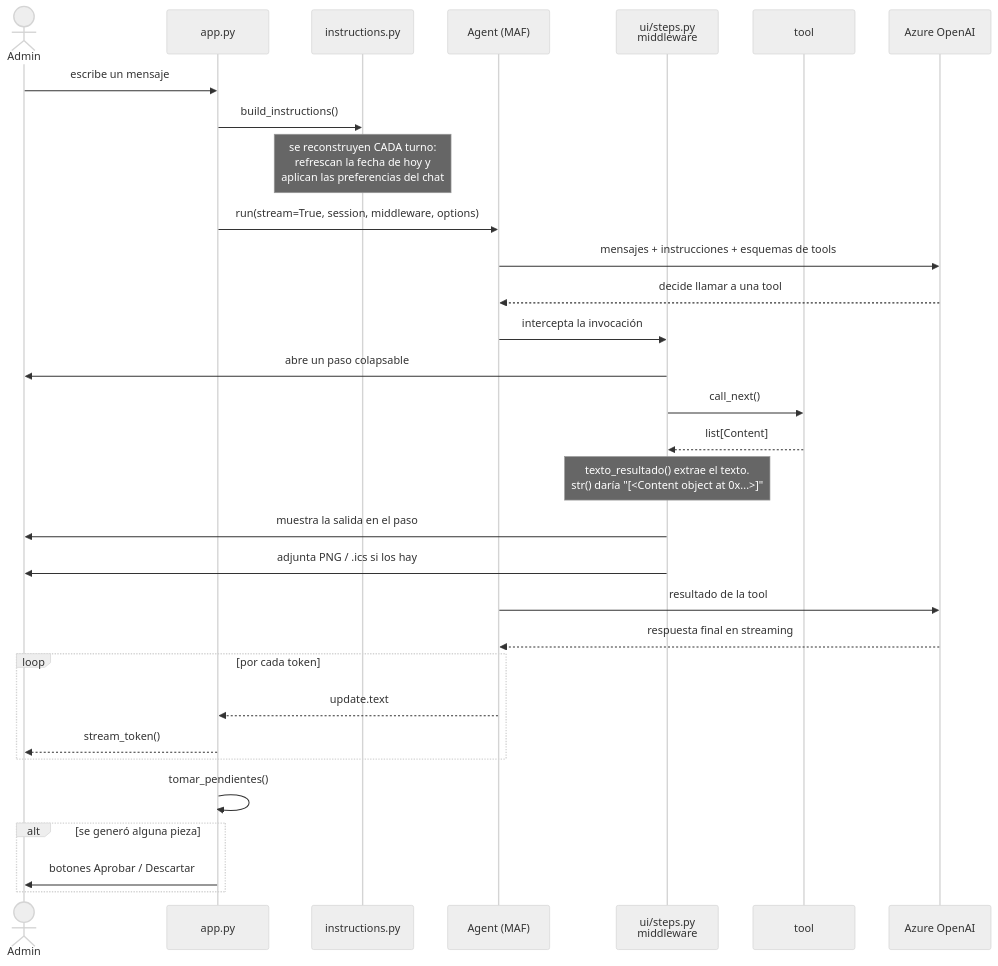
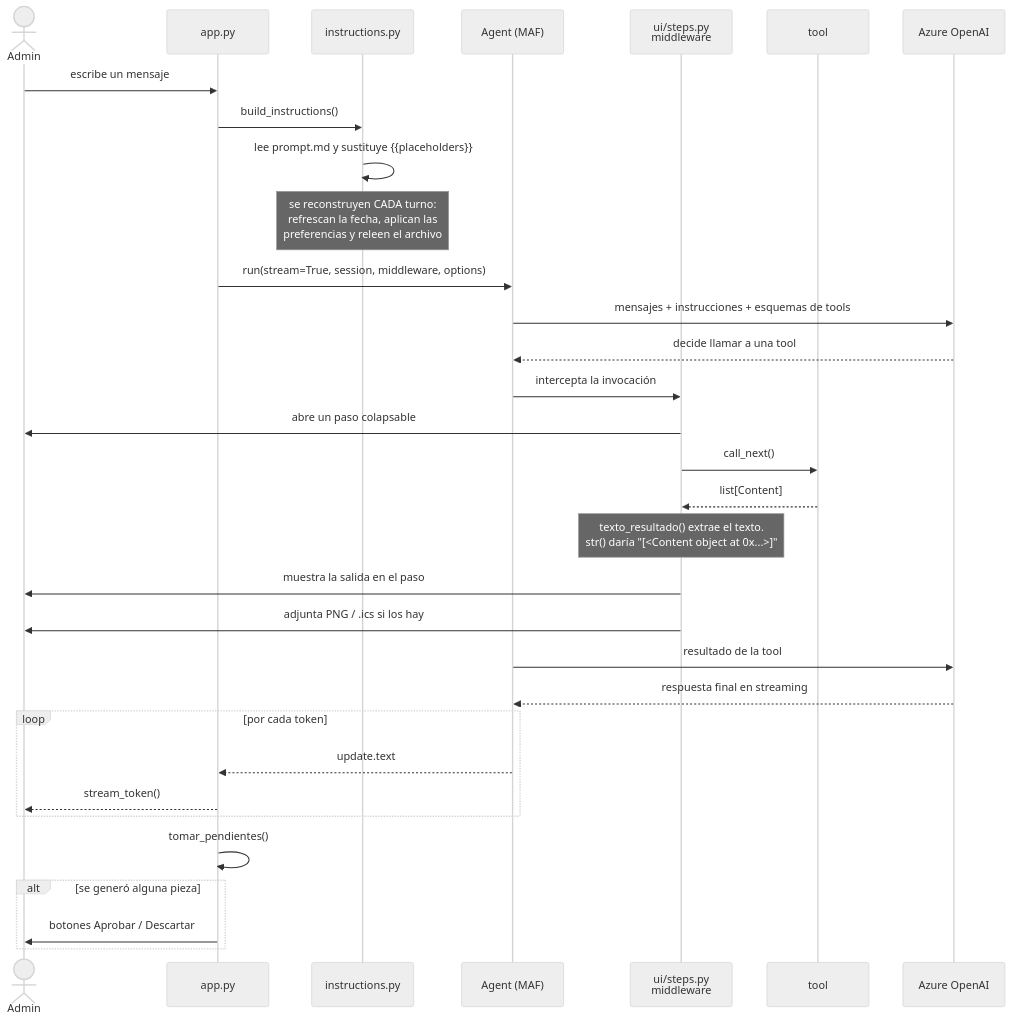
One commit to bitmarc/PoGo-Comunity-Agent changed the third of 8 diagrams in docs/ARQUITECTURA.md. Above: the diagram before and after it, drawn with Mermaid (neutral theme). The commit also changed other lines of this file and 9 other files, not shown here.

````diff
--- a/docs/ARQUITECTURA.md
+++ b/docs/ARQUITECTURA.md
@@ -140,38 +162,39 @@
 ```mermaid
 sequenceDiagram
     actor Admin
     participant App as app.py
     participant Instr as instructions.py
     participant Agent as Agent (MAF)
     participant Mw as ui/steps.py<br/>middleware
     participant Tool as tool
     participant AOAI as Azure OpenAI
 
     Admin->>App: escribe un mensaje
     App->>Instr: build_instructions()
-    Note over Instr: se reconstruyen CADA turno:<br/>refrescan la fecha de hoy y<br/>aplican las preferencias del chat
+    Instr->>Instr: lee prompt.md y sustituye {{placeholders}}
+    Note over Instr: se reconstruyen CADA turno:<br/>refrescan la fecha, aplican las<br/>preferencias y releen el archivo
     App->>Agent: run(stream=True, session, middleware, options)
 
     Agent->>AOAI: mensajes + instrucciones + esquemas de tools
     AOAI-->>Agent: decide llamar a una tool
 
     Agent->>Mw: intercepta la invocación
     Mw->>Admin: abre un paso colapsable
     Mw->>Tool: call_next()
     Tool-->>Mw: list[Content]
     Note over Mw: texto_resultado() extrae el texto.<br/>str() daría "[<Content object at 0x...>]"
     Mw->>Admin: muestra la salida en el paso
     Mw->>Admin: adjunta PNG / .ics si los hay
 
     Agent->>AOAI: resultado de la tool
     AOAI-->>Agent: respuesta final en streaming
     loop por cada token
         Agent-->>App: update.text
         App-->>Admin: stream_token()
     end
 
     App->>App: tomar_pendientes()
     alt se generó alguna pieza
         App->>Admin: botones Aprobar / Descartar
     end
 ```
````
